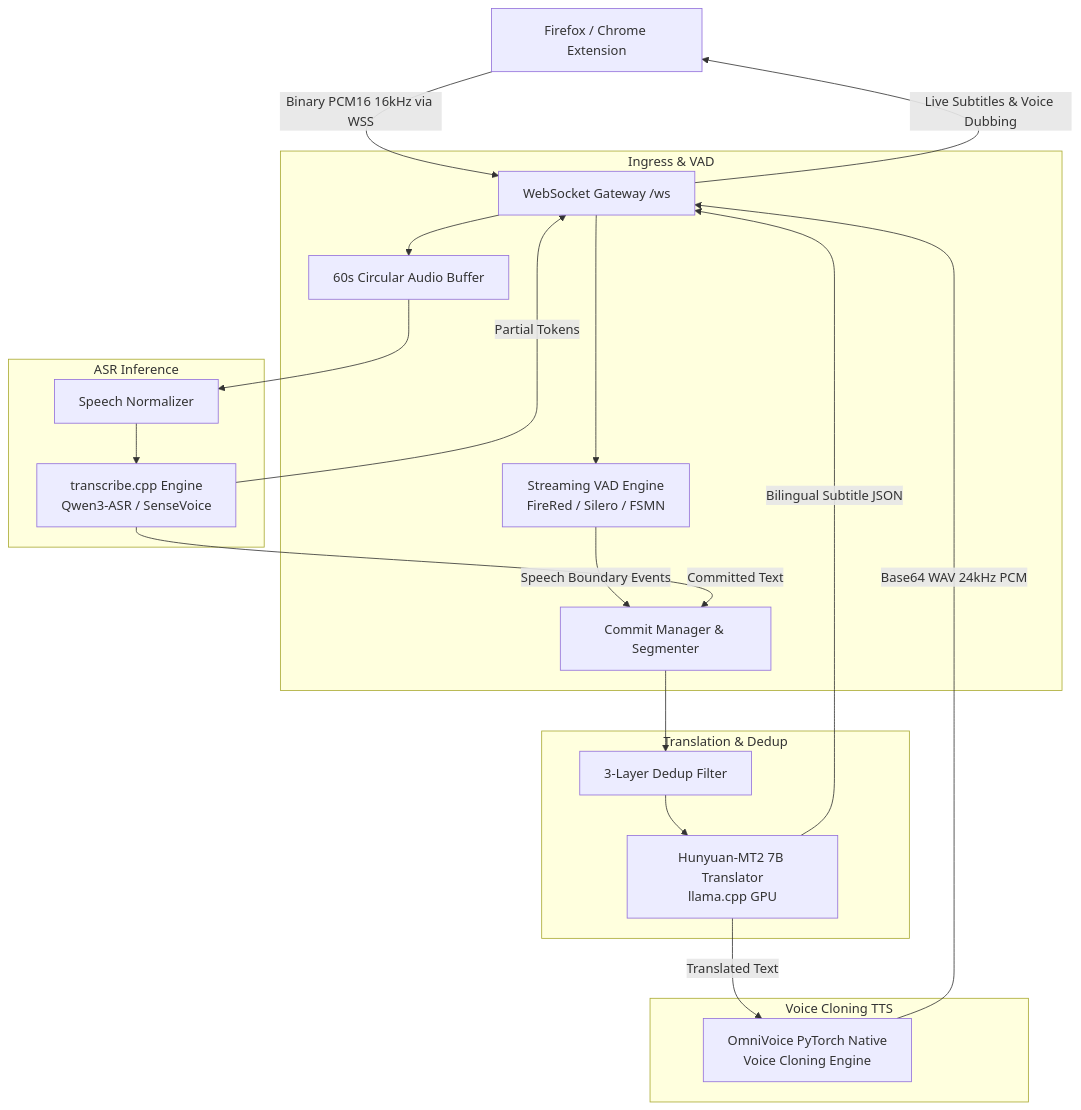
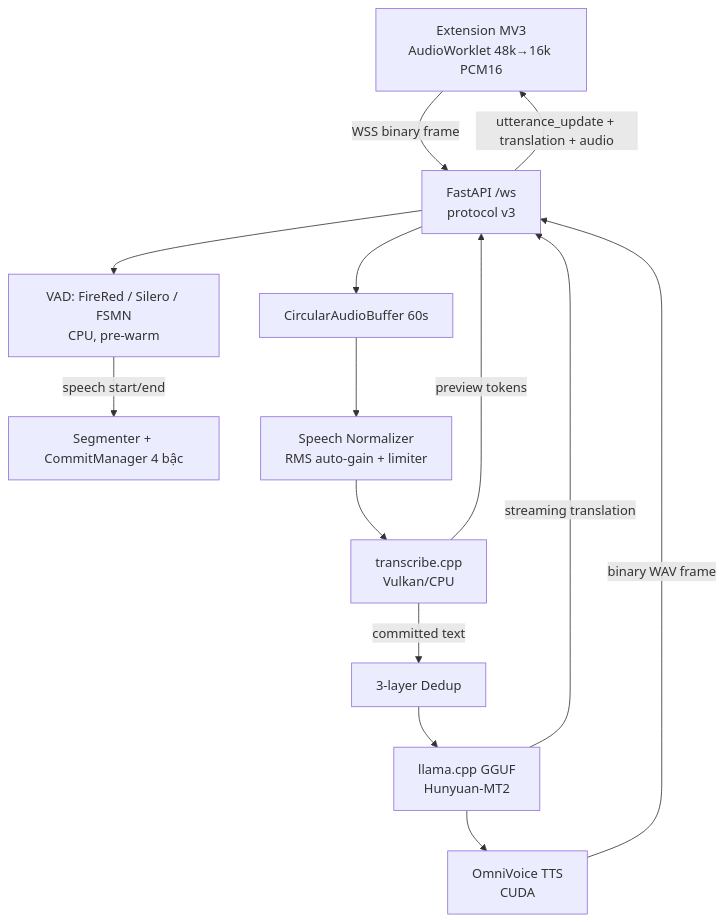
Before and after one commit to khachuy279/vibe-translation-addon-audio_cpp: the diagram in README.md, drawn with Mermaid. The commit also changed other lines of this file and 90 other files, not shown here.

Commit message:
feat: add backend transcription engine, WebSocket server, and Firefox extension

````diff
--- a/README.md
+++ b/README.md
@@ -41,30 +210,16 @@
 ```mermaid
 flowchart TD
-    EXT[Firefox / Chrome Extension] -->|Binary PCM16 16kHz via WSS| WS[WebSocket Gateway /ws]
-    
-    subgraph Ingress & VAD
-        WS --> BUF[60s Circular Audio Buffer]
-        WS --> VAD[Streaming VAD Engine\nFireRed / Silero / FSMN]
-        VAD -->|Speech Boundary Events| CM[Commit Manager & Segmenter]
-    end
-    
-    subgraph ASR Inference
-        BUF --> NORM[Speech Normalizer]
-        NORM --> ASR[transcribe.cpp Engine\nQwen3-ASR / SenseVoice]
-        ASR -->|Partial Tokens| WS
-        ASR -->|Committed Text| CM
-    end
-    
-    subgraph Translation & Dedup
-        CM --> DEDUP[3-Layer Dedup Filter]
-        DEDUP --> TRANS[Hunyuan-MT2 7B Translator\nllama.cpp GPU]
-        TRANS -->|Bilingual Subtitle JSON| WS
-    end
-    
-    subgraph Voice Cloning TTS
-        TRANS -->|Translated Text| TTS[OmniVoice PyTorch Native\nVoice Cloning Engine]
-        TTS -->|Base64 WAV 24kHz PCM| WS
-    end
-    
-    WS -->|Live Subtitles & Voice Dubbing| EXT
+    EXT[Extension MV3<br/>AudioWorklet 48k→16k PCM16] -->|WSS binary frame| WS[FastAPI /ws<br/>protocol v3]
+    WS --> BUF[CircularAudioBuffer 60s]
+    WS --> VAD[VAD: FireRed / Silero / FSMN<br/>CPU, pre-warm]
+    VAD -->|speech start/end| SEG[Segmenter + CommitManager 4 bậc]
+    BUF --> NORM[Speech Normalizer<br/>RMS auto-gain + limiter]
+    NORM --> ASR[transcribe.cpp<br/>Vulkan/CPU]
+    ASR -->|preview tokens| WS
+    ASR -->|committed text| DEDUP[3-layer Dedup]
+    DEDUP --> TRANS[llama.cpp GGUF<br/>Hunyuan-MT2]
+    TRANS -->|streaming translation| WS
+    TRANS --> TTS[OmniVoice TTS<br/>CUDA]
+    TTS -->|binary WAV frame| WS
+    WS -->|utterance_update + translation + audio| EXT
 ```
````
